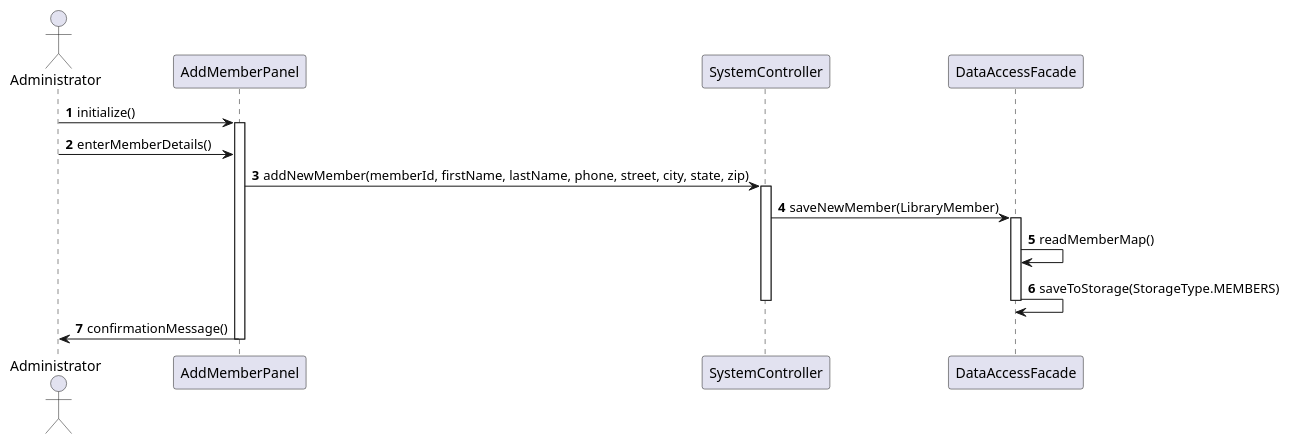
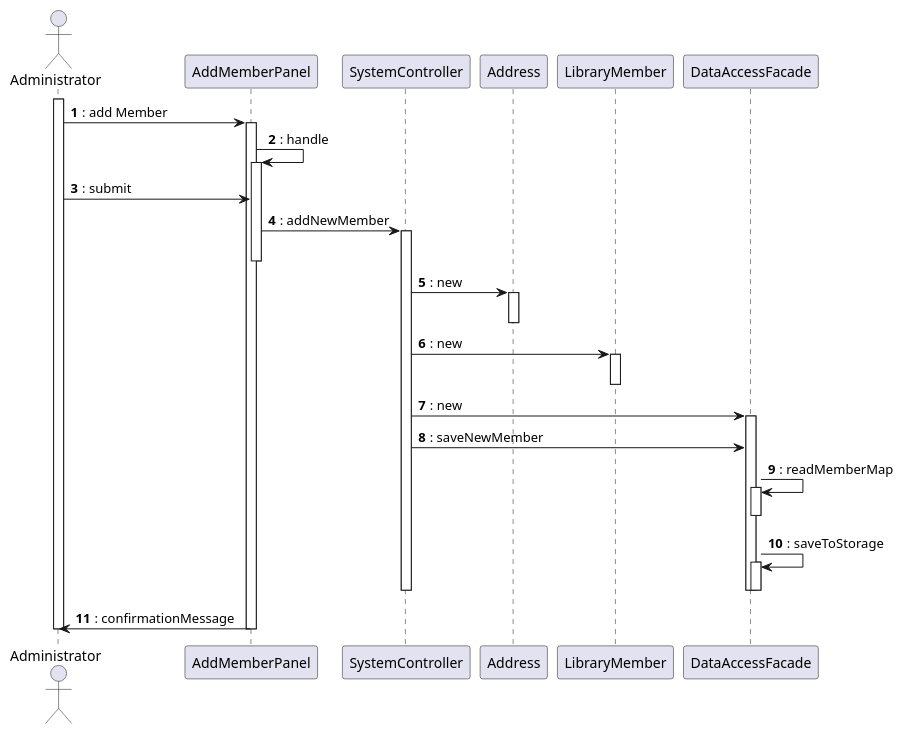
The diagram in src/uml/seq2.puml (mohammed-almassri/LibraryGroupD), drawn with PlantUML before and after one commit. The commit also changed 1 other file, not shown here.

Commit message:
sequence diagram

```diff
--- a/src/uml/seq2.puml
+++ b/src/uml/seq2.puml
@@ -1,24 +1,43 @@
 @startuml
 autonumber
 actor Administrator
+activate Administrator
 
-Administrator -> AddMemberPanel : initialize()
+Administrator -> AddMemberPanel :: add Member
 activate AddMemberPanel
 
-Administrator -> AddMemberPanel : enterMemberDetails()
-AddMemberPanel -> SystemController : addNewMember(memberId, firstName, lastName, phone, street, city, state, zip)
+AddMemberPanel -> AddMemberPanel :: handle
+activate AddMemberPanel
+Administrator -> AddMemberPanel :: submit
+AddMemberPanel -> SystemController :: addNewMember
 activate SystemController
+deactivate AddMemberPanel
 
-SystemController -> DataAccessFacade : saveNewMember(LibraryMember)
+SystemController -> Address :: new
+activate Address
+deactivate Address
+
+SystemController -> LibraryMember :: new
+activate LibraryMember
+deactivate LibraryMember
+
+SystemController -> DataAccessFacade :: new
 activate DataAccessFacade
+SystemController -> DataAccessFacade :: saveNewMember
 
-DataAccessFacade -> DataAccessFacade : readMemberMap()
-DataAccessFacade -> DataAccessFacade : saveToStorage(StorageType.MEMBERS)
+DataAccessFacade -> DataAccessFacade :: readMemberMap
+activate DataAccessFacade
+deactivate DataAccessFacade
+DataAccessFacade -> DataAccessFacade :: saveToStorage
+activate DataAccessFacade
 deactivate DataAccessFacade
 
+deactivate DataAccessFacade
 deactivate SystemController
 
-Administrator <- AddMemberPanel : confirmationMessage()
+Administrator <- AddMemberPanel :: confirmationMessage
 deactivate AddMemberPanel
 
+deactivate Administrator
+
 @enduml
```
